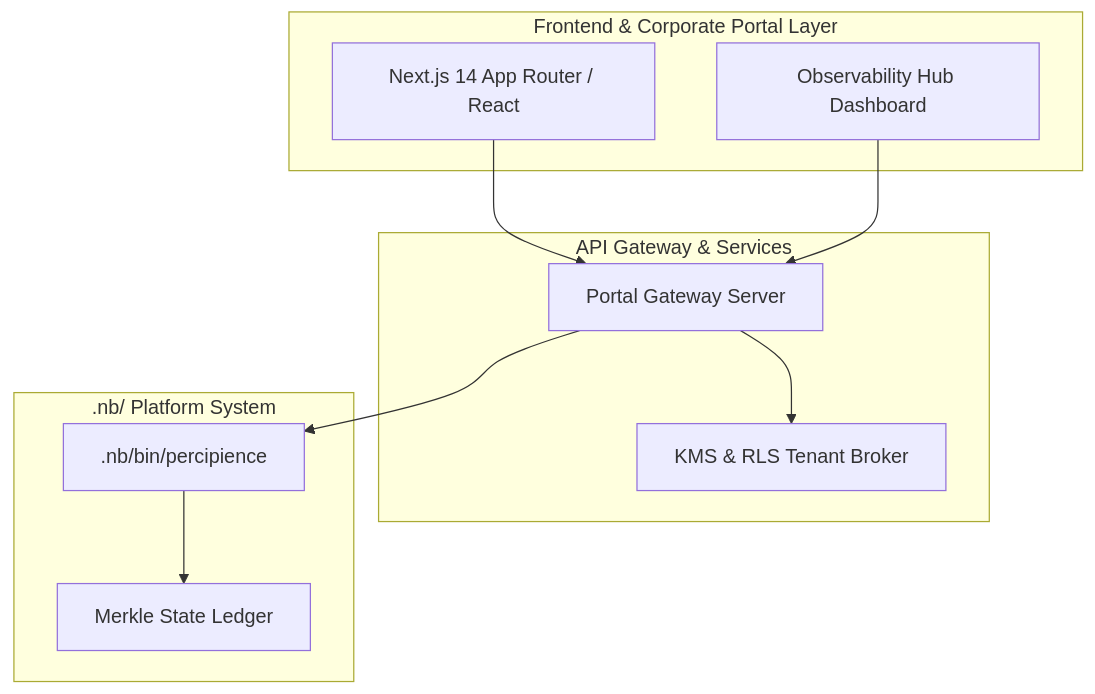
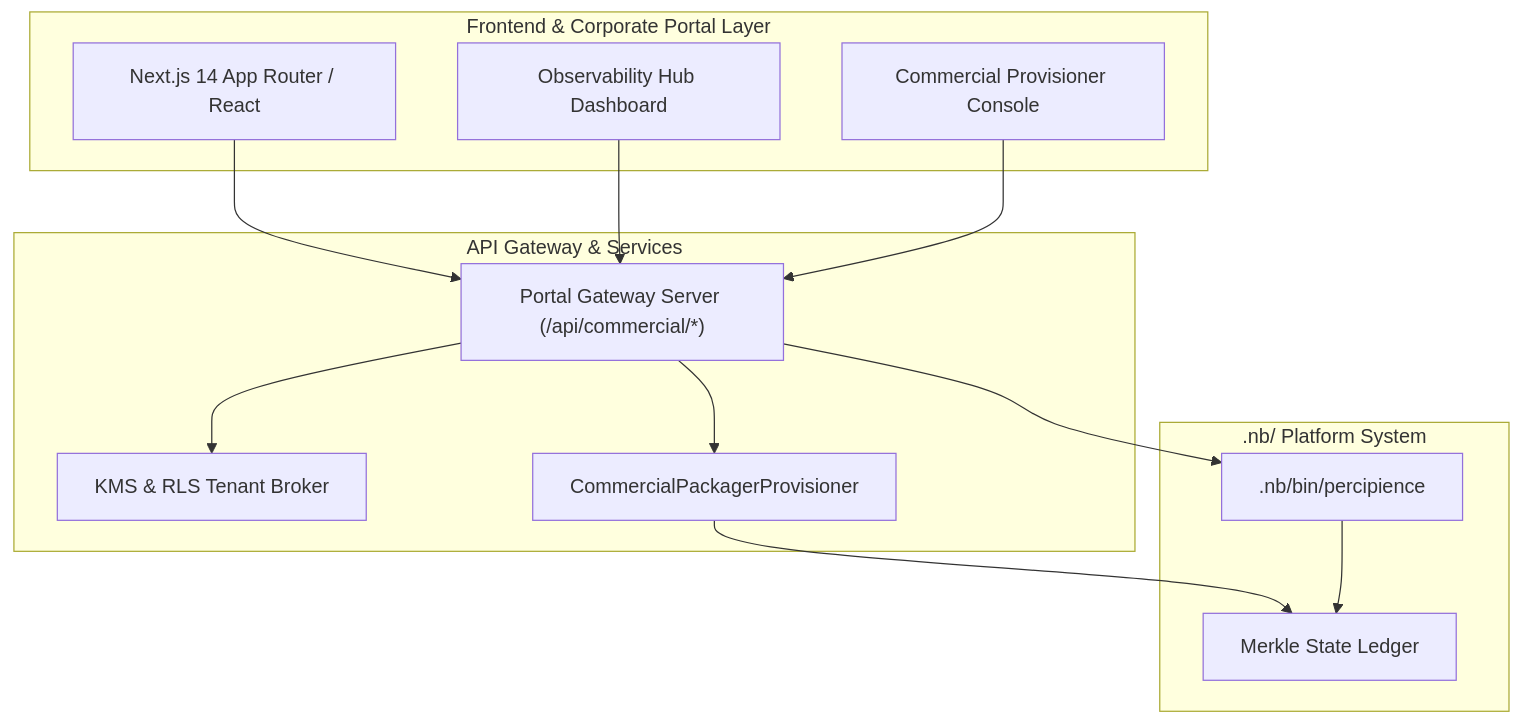
Before and after one commit to lakhwindersingh/nb_fairyfly: the diagram in .nb/plan/l1/saas-portal-domain/concise.md, drawn with Mermaid. The commit also changed other lines of this file and 16 other files, not shown here.

````diff
--- a/.nb/plan/l1/saas-portal-domain/concise.md
+++ b/.nb/plan/l1/saas-portal-domain/concise.md
@@ -26,23 +27,28 @@
 ```mermaid
 graph TD
   subgraph Frontend_Layer["Frontend & Corporate Portal Layer"]
     NextApp["Next.js 14 App Router / React"]
     ObservabilityUI["Observability Hub Dashboard"]
+    CommercialUI["Commercial Provisioner Console"]
   end
 
   subgraph API_Gateway_Layer["API Gateway & Services"]
-    PortalServer["Portal Gateway Server"]
+    PortalServer["Portal Gateway Server (/api/commercial/*)"]
     KmsBroker["KMS & RLS Tenant Broker"]
+    PackagerEngine["CommercialPackagerProvisioner"]
   end
 
   subgraph Platform_Core_Layer[".nb/ Platform System"]
     PlatformCli[".nb/bin/percipience"]
     LedgerEngine["Merkle State Ledger"]
   end
 
   NextApp --> PortalServer
   ObservabilityUI --> PortalServer
+  CommercialUI --> PortalServer
   PortalServer --> KmsBroker
+  PortalServer --> PackagerEngine
   PortalServer --> PlatformCli
+  PackagerEngine --> LedgerEngine
   PlatformCli --> LedgerEngine
 ```
````
